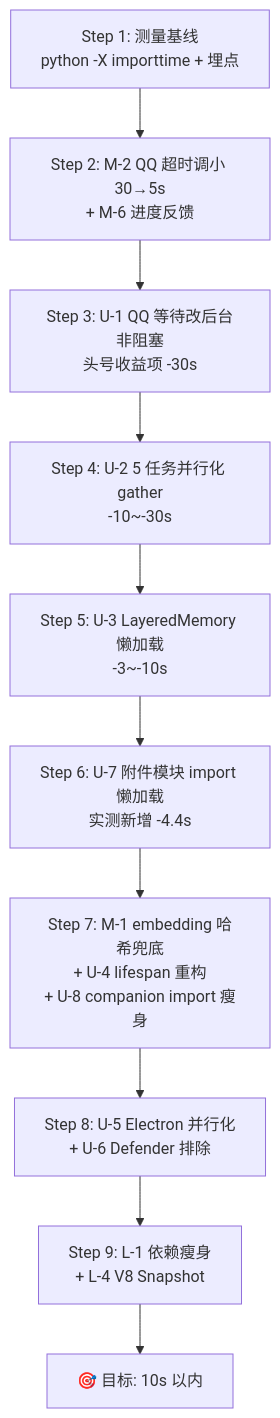
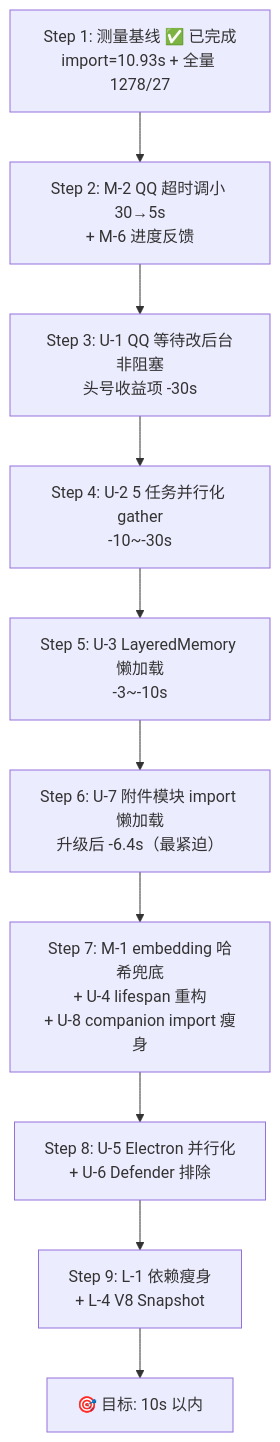
Before and after one commit to Laser1209/Aerie-Yunqi: the seventh of 7 diagrams in Aerie_Obsidian_Vault/12_启动性能分析与优化方案.md, drawn with Mermaid. The commit also changed other lines of this file and 2 other files, not shown here.

````diff
--- a/Aerie_Obsidian_Vault/12_启动性能分析与优化方案.md
+++ b/Aerie_Obsidian_Vault/12_启动性能分析与优化方案.md
@@ -1037,12 +1097,12 @@
 ```mermaid
 graph TD
-    Step1[Step 1: 测量基线<br/>python -X importtime + 埋点] --> Step2[Step 2: M-2 QQ 超时调小 30→5s<br/>+ M-6 进度反馈]
+    Step1[Step 1: 测量基线 ✅ 已完成<br/>import=10.93s + 全量 1278/27] --> Step2[Step 2: M-2 QQ 超时调小 30→5s<br/>+ M-6 进度反馈]
     Step2 --> Step3[Step 3: U-1 QQ 等待改后台非阻塞<br/>头号收益项 -30s]
     Step3 --> Step4[Step 4: U-2 5 任务并行化 gather<br/>-10~-30s]
     Step4 --> Step5[Step 5: U-3 LayeredMemory 懒加载<br/>-3~-10s]
-    Step5 --> Step6["Step 6: U-7 附件模块 import 懒加载<br/>实测新增 -4.4s"]
+    Step5 --> Step6["Step 6: U-7 附件模块 import 懒加载<br/>升级后 -6.4s（最紧迫）"]
     Step6 --> Step7[Step 7: M-1 embedding 哈希兜底<br/>+ U-4 lifespan 重构<br/>+ U-8 companion import 瘦身]
     Step7 --> Step8[Step 8: U-5 Electron 并行化<br/>+ U-6 Defender 排除]
     Step8 --> Step9[Step 9: L-1 依赖瘦身<br/>+ L-4 V8 Snapshot]
     Step9 --> Target[🎯 目标: 10s 以内]
 ```
````
